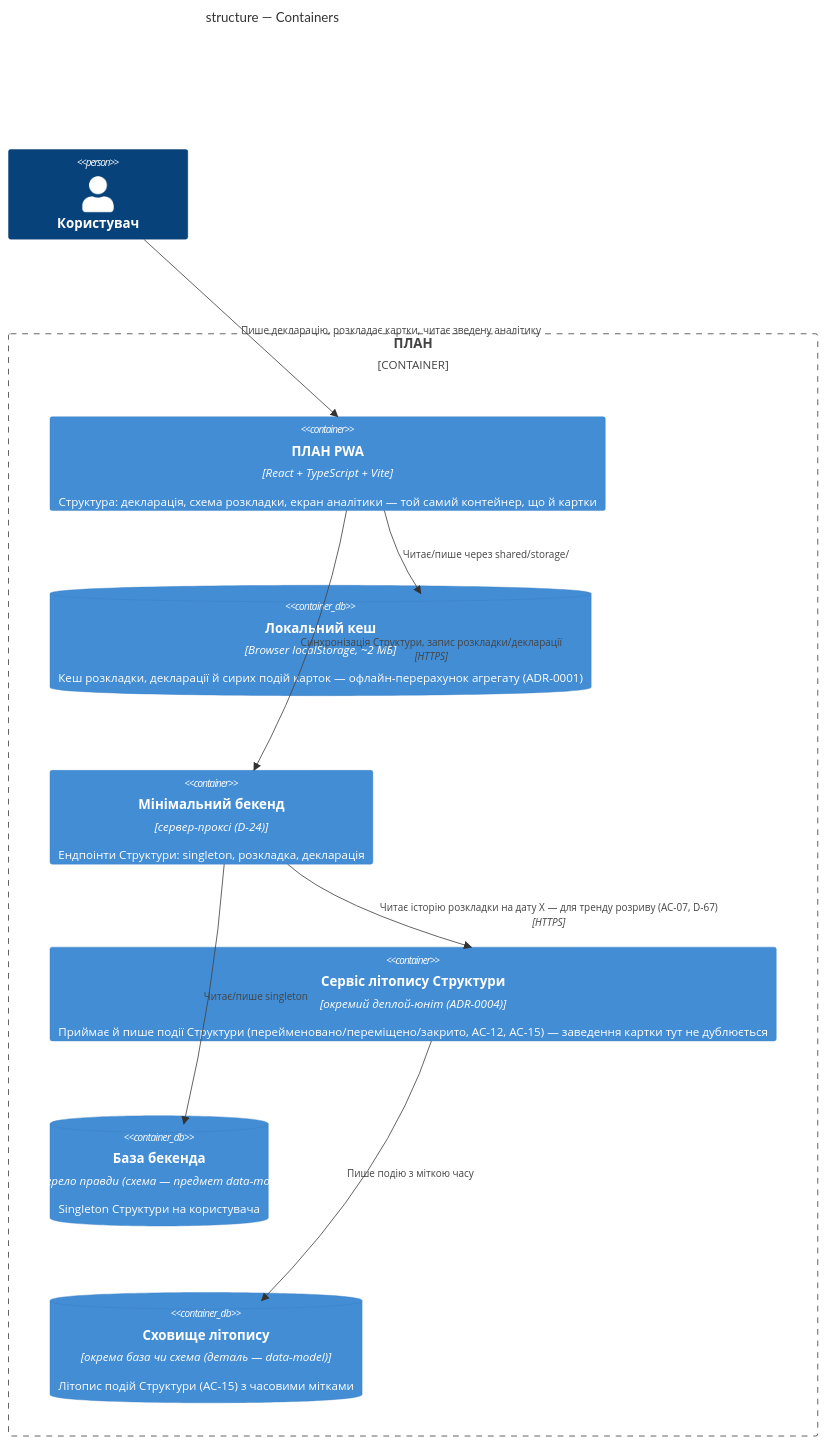
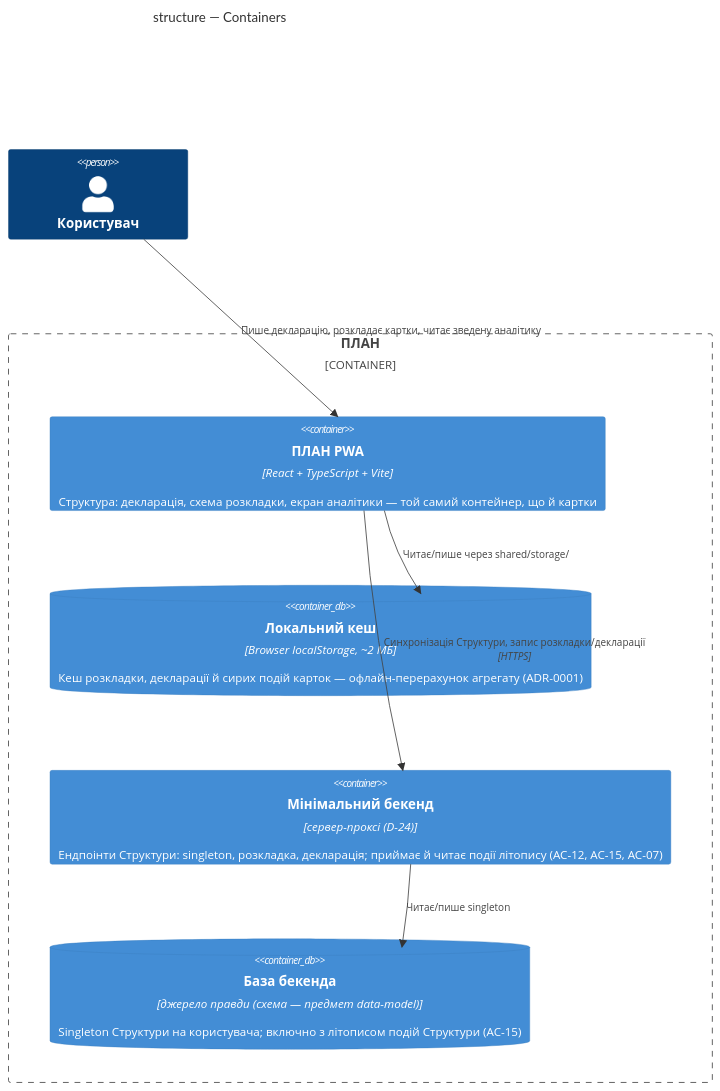
One commit to danyllukandrey-cloud/claude-workspace changed the second of 12 diagrams in docs/features/structure/sad.md. Above: the diagram before and after it, drawn with Mermaid. The commit also changed other lines of this file and 17 other files, not shown here.

````diff
--- a/docs/features/structure/sad.md
+++ b/docs/features/structure/sad.md
@@ -130,23 +130,18 @@
 ```mermaid
 C4Container
     title structure — Containers
 
     Person(user, "Користувач")
 
     Container_Boundary(plan, "ПЛАН") {
         Container(pwa, "ПЛАН PWA", "React + TypeScript + Vite", "Структура: декларація, схема розкладки, екран аналітики — той самий контейнер, що й картки")
         ContainerDb(cache, "Локальний кеш", "Browser localStorage, ~2 МБ", "Кеш розкладки, декларації й сирих подій карток — офлайн-перерахунок агрегату (ADR-0001)")
-        Container(backend, "Мінімальний бекенд", "сервер-проксі (D-24)", "Ендпоінти Структури: singleton, розкладка, декларація")
-        Container(historySvc, "Сервіс літопису Структури", "окремий деплой-юніт (ADR-0004)", "Приймає й пише події Структури (перейменовано/переміщено/закрито, AC-12, AC-15) — заведення картки тут не дублюється")
-        ContainerDb(store, "База бекенда", "джерело правди (схема — предмет data-model)", "Singleton Структури на користувача")
-        ContainerDb(historyStore, "Сховище літопису", "окрема база чи схема (деталь — data-model)", "Літопис подій Структури (AC-15) з часовими мітками")
+        Container(backend, "Мінімальний бекенд", "сервер-проксі (D-24)", "Ендпоінти Структури: singleton, розкладка, декларація; приймає й читає події літопису (AC-12, AC-15, AC-07)")
+        ContainerDb(store, "База бекенда", "джерело правди (схема — предмет data-model)", "Singleton Структури на користувача; включно з літописом подій Структури (AC-15)")
     }
 
     Rel(user, pwa, "Пише декларацію, розкладає картки, читає зведену аналітику")
     Rel(pwa, cache, "Читає/пише через shared/storage/")
     Rel(pwa, backend, "Синхронізація Структури, запис розкладки/декларації", "HTTPS")
     Rel(backend, store, "Читає/пише singleton")
-    Rel(backend, historySvc, "Повідомляє про подію зміни Структури", "HTTPS")
-    Rel(backend, historySvc, "Читає історію розкладки на дату X — для тренду розриву (AC-07, D-67)", "HTTPS")
-    Rel(historySvc, historyStore, "Пише подію з міткою часу")
 ```
````
